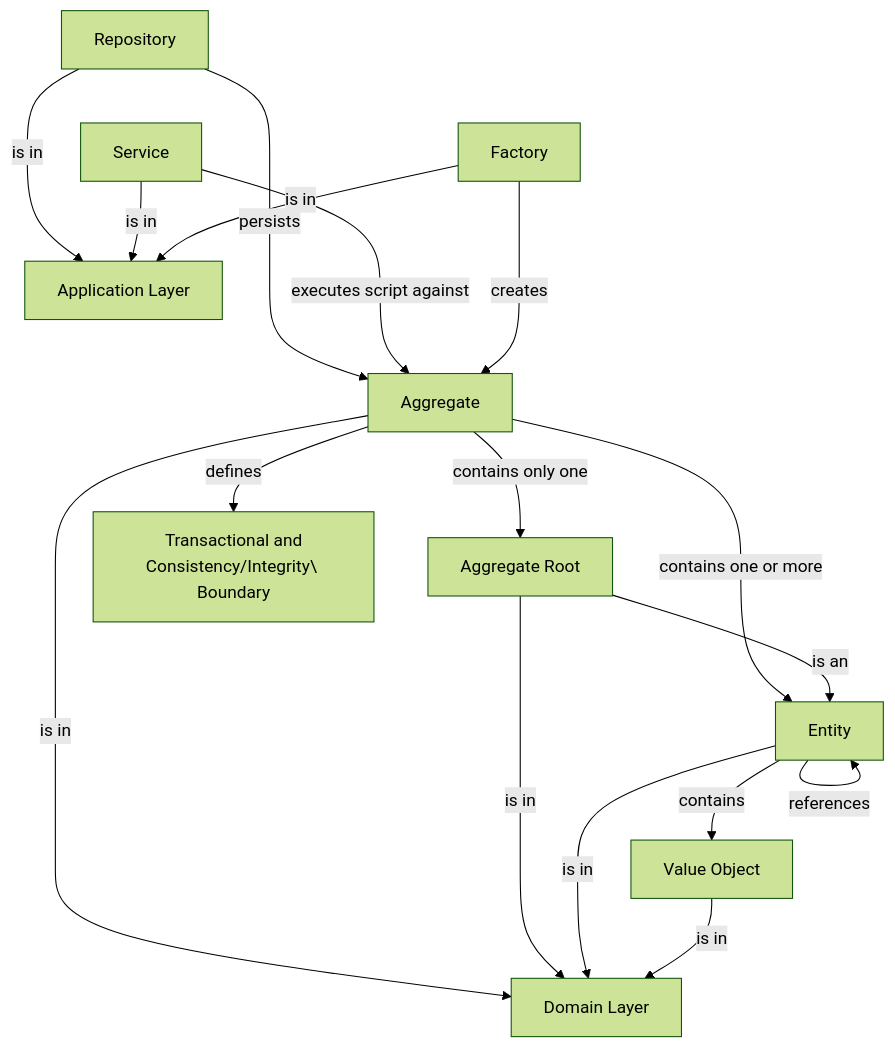
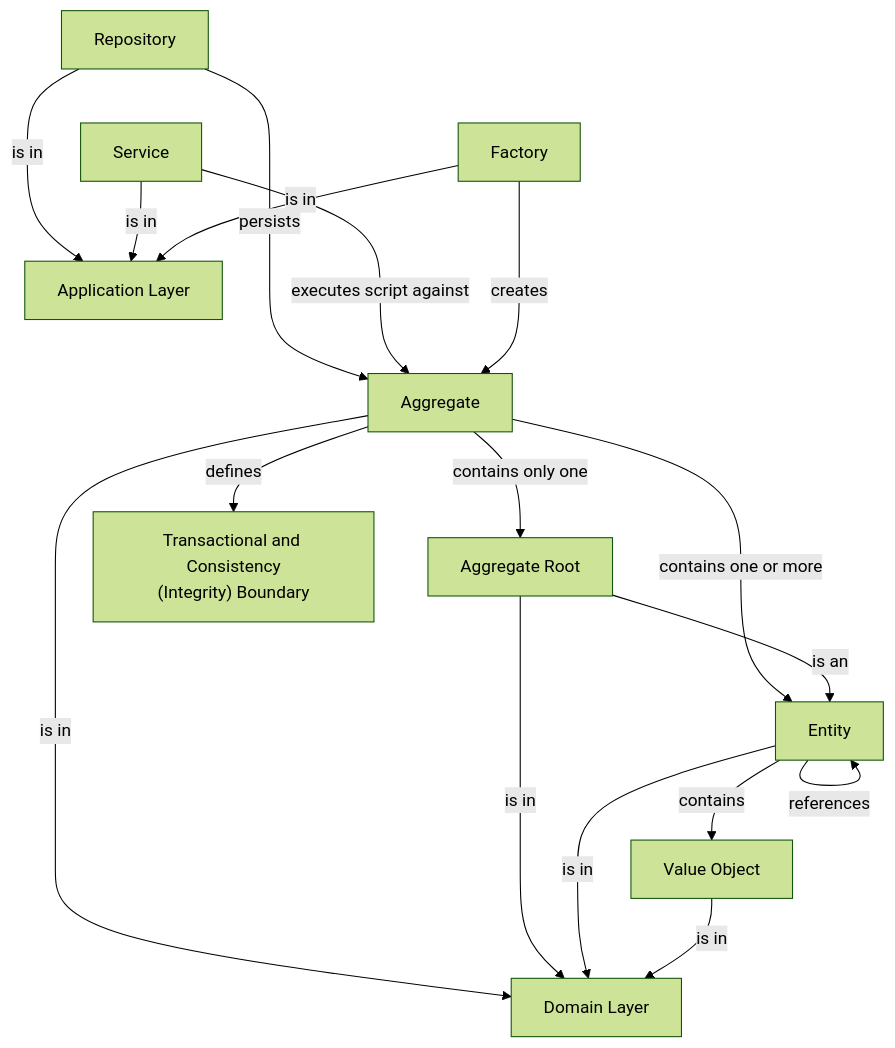
The diagram in domain-driven-design_tactical-patterns.md (jitterted/concept-maps), drawn with Mermaid (forest theme) before and after one commit.

````diff
--- a/domain-driven-design_tactical-patterns.md
+++ b/domain-driven-design_tactical-patterns.md
@@ -5,36 +5,36 @@
 ```mermaid
 flowchart TD
     app[Application Layer]
     domain[Domain Layer]
     agg[Aggregate]
     entity[Entity]
     repo[Repository]
     vo["Value Object"]
     aggroot["Aggregate Root"]
     service[Service]
     factory[Factory]
-    txnBoundary["Transactional and\nConsistency/Integrity\ Boundary"]
+    txnBoundary["Transactional and Consistency\n(Integrity) Boundary"]
 
     agg -->|is in| domain
     agg -->|defines| txnBoundary
     agg -->|contains only one| aggroot
     agg -->|contains one or more| entity
     
     aggroot -->|is an| entity
     aggroot -->|is in| domain
     
     entity -->|contains| vo
     entity -->|references| entity
     entity -->|is in| domain
     
     vo -->|is in| domain
 
     repo -->|is in| app
     repo ---->|persists| agg
     
     service -->|executes script against| agg
     service -->|is in| app
 
     factory --->|creates| agg
     factory -->|is in| app
 ```
````
